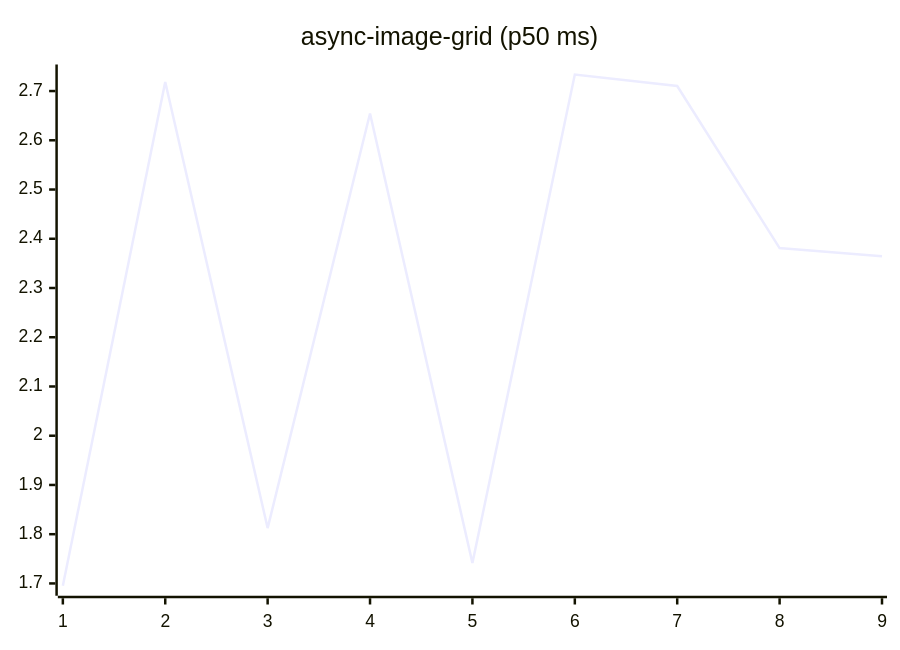
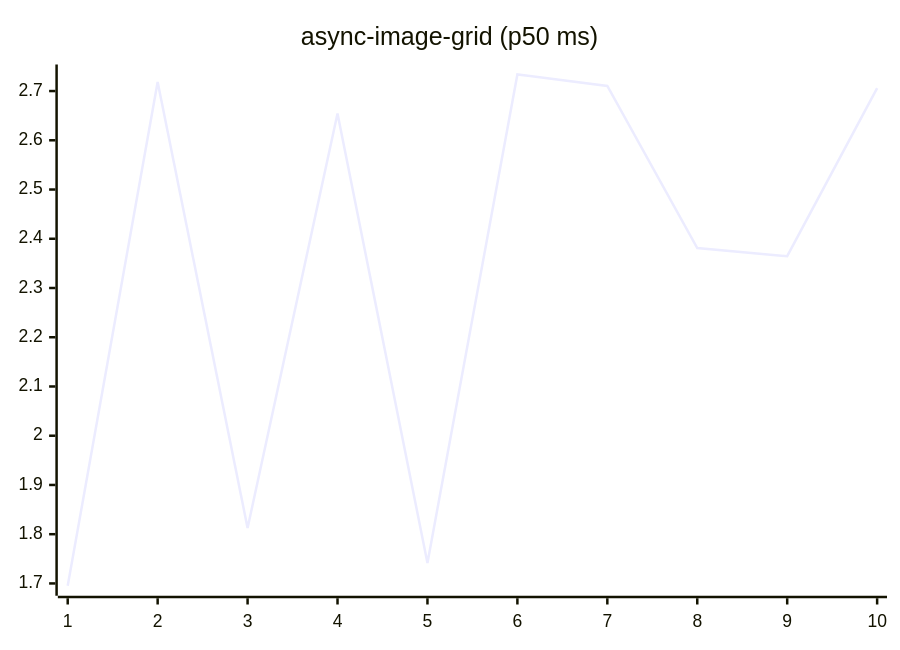
Before and after one commit to josha/Facet: the fifth of 27 diagrams in README.md, drawn with Mermaid. The commit also changed other lines of this file and 2 other files, not shown here.

````diff
--- a/README.md
+++ b/README.md
@@ -91,6 +91,6 @@
 ```mermaid
 xychart-beta
     title "async-image-grid (p50 ms)"
-    x-axis 1 --> 9
-    line [1.6953, 2.7184, 1.8124, 2.6543, 1.7415, 2.7336, 2.7103, 2.3810, 2.3646]
+    x-axis 1 --> 10
+    line [1.6953, 2.7184, 1.8124, 2.6543, 1.7415, 2.7336, 2.7103, 2.3810, 2.3646, 2.7059]
 ```
````
